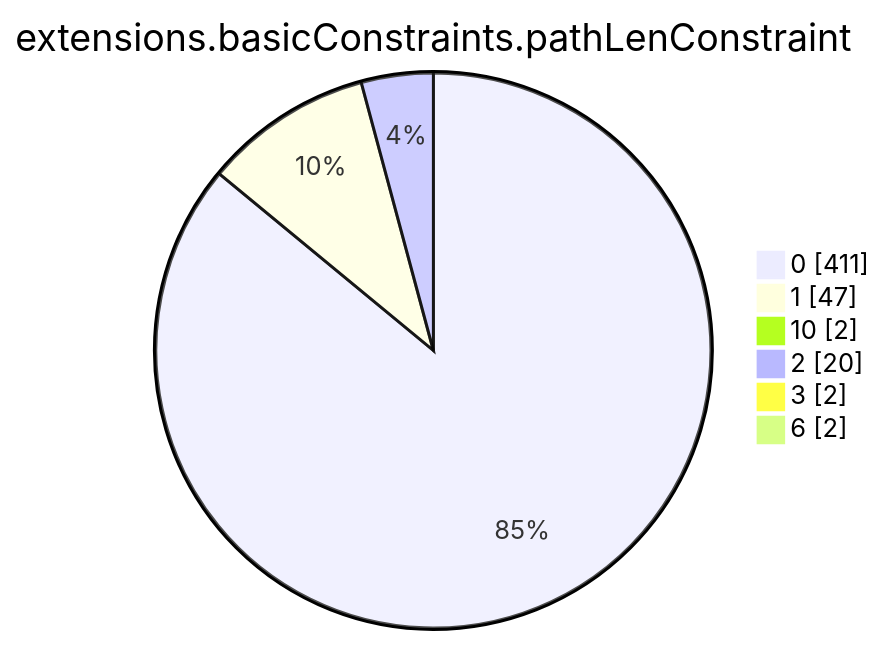
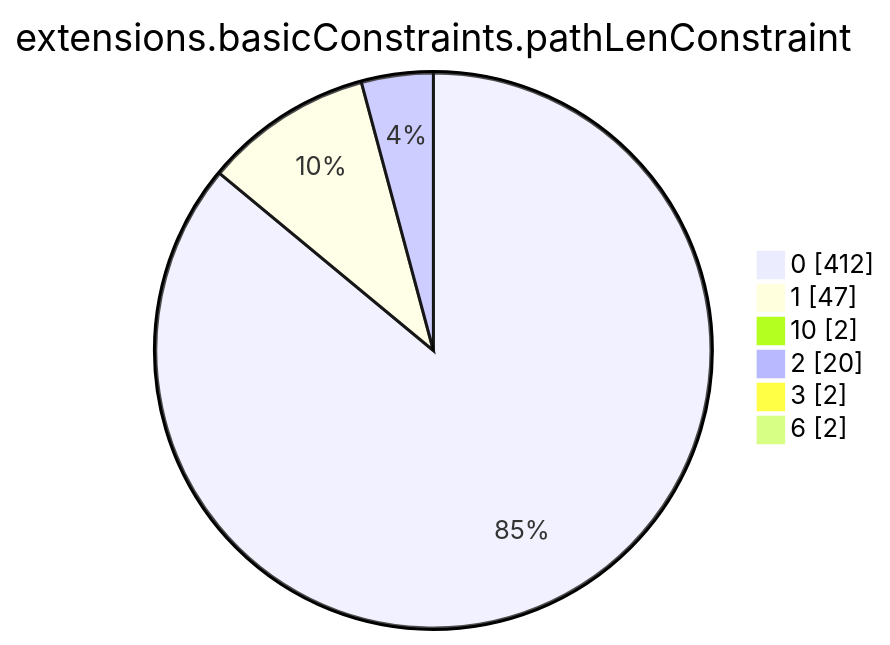
One commit to christiankrug/ctmonitor_visualization changed diagram 12 of 15 in TOTAL/README.md. Above: the diagram before and after it, drawn with Mermaid. The commit also changed other lines of this file, not shown here.

````diff
--- a/TOTAL/README.md
+++ b/TOTAL/README.md
@@ -4149,10 +4151,10 @@
 ```mermaid
 pie showData
 title extensions.basicConstraints.pathLenConstraint
-"0" :411
+"0" :412
 "1" :47
 "10" :2
 "2" :20
 "3" :2
 "6" :2
 ```
````
